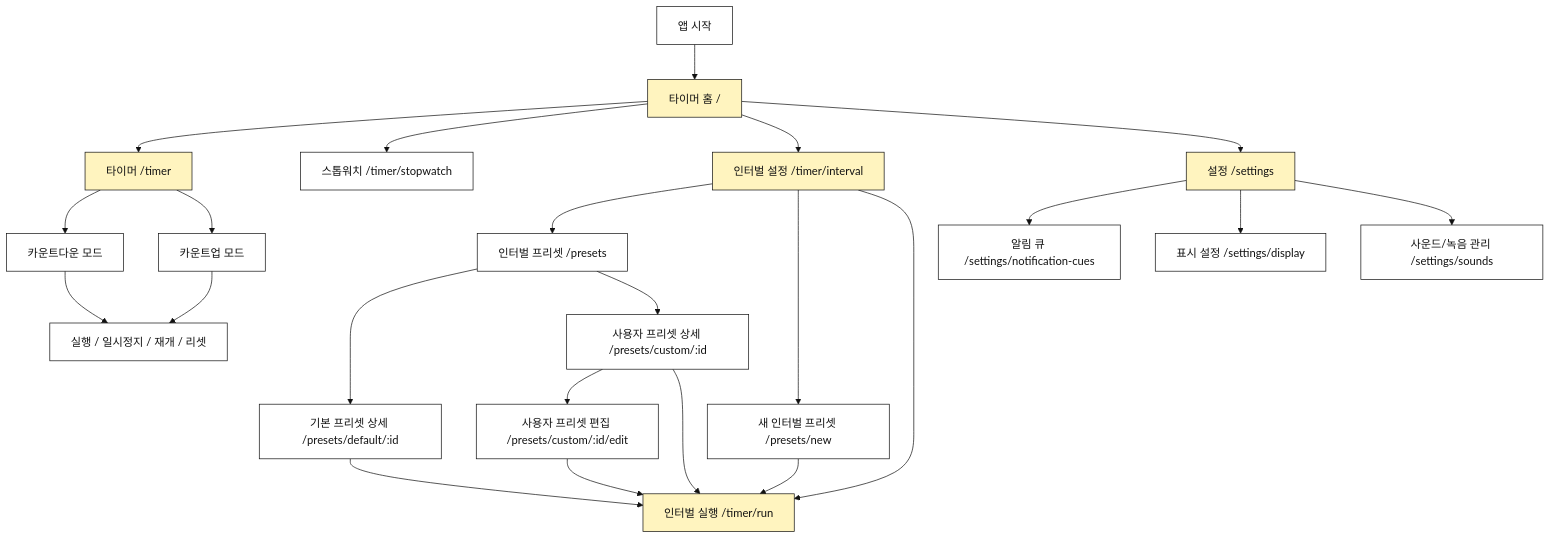
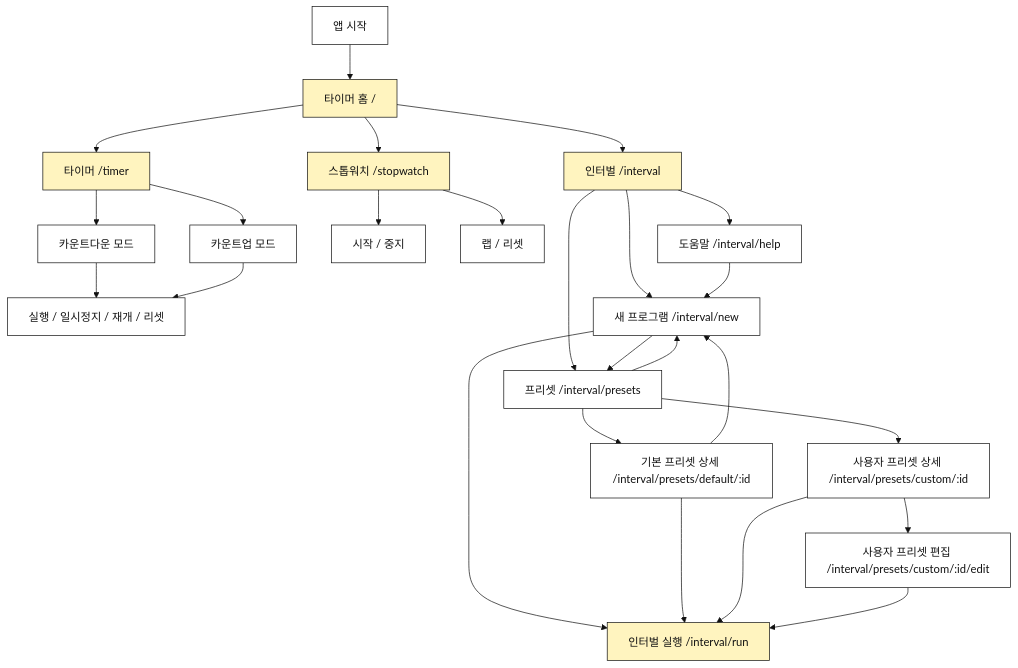
One commit to KalGookSoo/tempo changed the diagram in docs/navigation-structure.md. Above: the diagram before and after it, drawn with Mermaid. The commit also changed other lines of this file and 19 other files, not shown here.

````diff
--- a/docs/navigation-structure.md
+++ b/docs/navigation-structure.md
@@ -28,35 +26,38 @@
 ```mermaid
 %%{init: {"theme": "base", "themeVariables": {"background": "transparent", "primaryColor": "#FFFFFF", "primaryTextColor": "#111111", "primaryBorderColor": "#111111", "lineColor": "#111111", "tertiaryColor": "#F7F7F2"}}}%%
 flowchart TD
     A["앱 시작"] --> B["타이머 홈 /"]
     B --> T["타이머 /timer"]
-    B --> E["스톱워치 /timer/stopwatch"]
-    B --> F["인터벌 설정 /timer/interval"]
-    B --> S["설정 /settings"]
+    B --> S["스톱워치 /stopwatch"]
+    B --> I["인터벌 /interval"]
 
     T --> T1["카운트다운 모드"]
     T --> T2["카운트업 모드"]
     T1 --> T3["실행 / 일시정지 / 재개 / 리셋"]
     T2 --> T3
 
-    F --> P["인터벌 프리셋 /presets"]
-    F --> P3["새 인터벌 프리셋 /presets/new"]
-    P --> P1["기본 프리셋 상세 /presets/default/:id"]
-    P --> P2["사용자 프리셋 상세 /presets/custom/:id"]
-    P2 --> P5["사용자 프리셋 편집 /presets/custom/:id/edit"]
-    P1 --> R["인터벌 실행 /timer/run"]
+    S --> S1["시작 / 중지"]
+    S --> S2["랩 / 리셋"]
+
+    I --> N["새 프로그램 /interval/new"]
+    I --> P["프리셋 /interval/presets"]
+    I --> H["도움말 /interval/help"]
+
+    N --> R["인터벌 실행 /interval/run"]
+    N --> P
+    P --> P1["기본 프리셋 상세 /interval/presets/default/:id"]
+    P --> P2["사용자 프리셋 상세 /interval/presets/custom/:id"]
+    P --> N
+    P1 --> R
+    P1 --> N
     P2 --> R
+    P2 --> P3["사용자 프리셋 편집 /interval/presets/custom/:id/edit"]
     P3 --> R
-    P5 --> R
-    F --> R
-
-    S --> S1["알림 큐 /settings/notification-cues"]
-    S --> S2["표시 설정 /settings/display"]
-    S --> S3["사운드/녹음 관리 /settings/sounds"]
+    H --> N
 
     classDef primary fill:#FFF4BF,stroke:#111111,color:#111111;
     classDef screen fill:#FFFFFF,stroke:#111111,color:#111111;
     classDef done fill:#DDF8E8,stroke:#111111,color:#111111;
-    class B,T,F,S,R primary;
-    class E,T1,T2,T3,P,P1,P2,P3,P5,S1,S2,S3 screen;
+    class B,T,S,I,R primary;
+    class T1,T2,T3,S1,S2,N,P,H,P1,P2,P3 screen;
 ```
````
